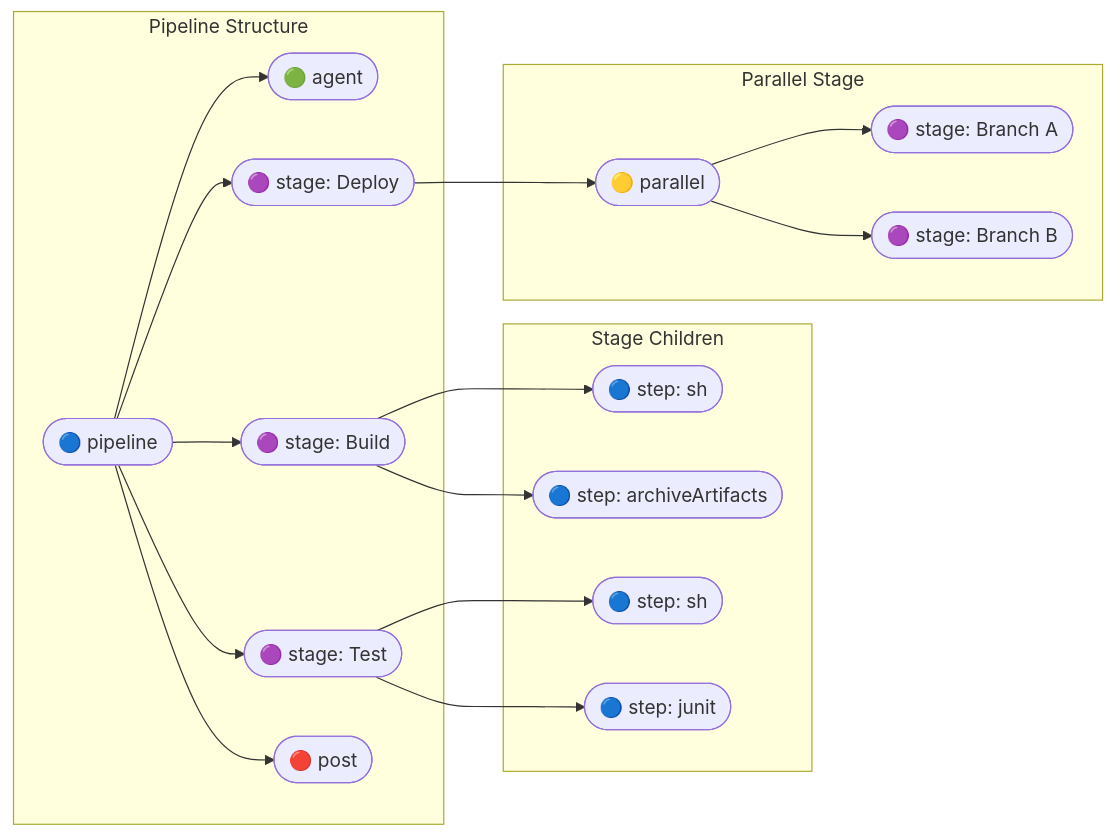
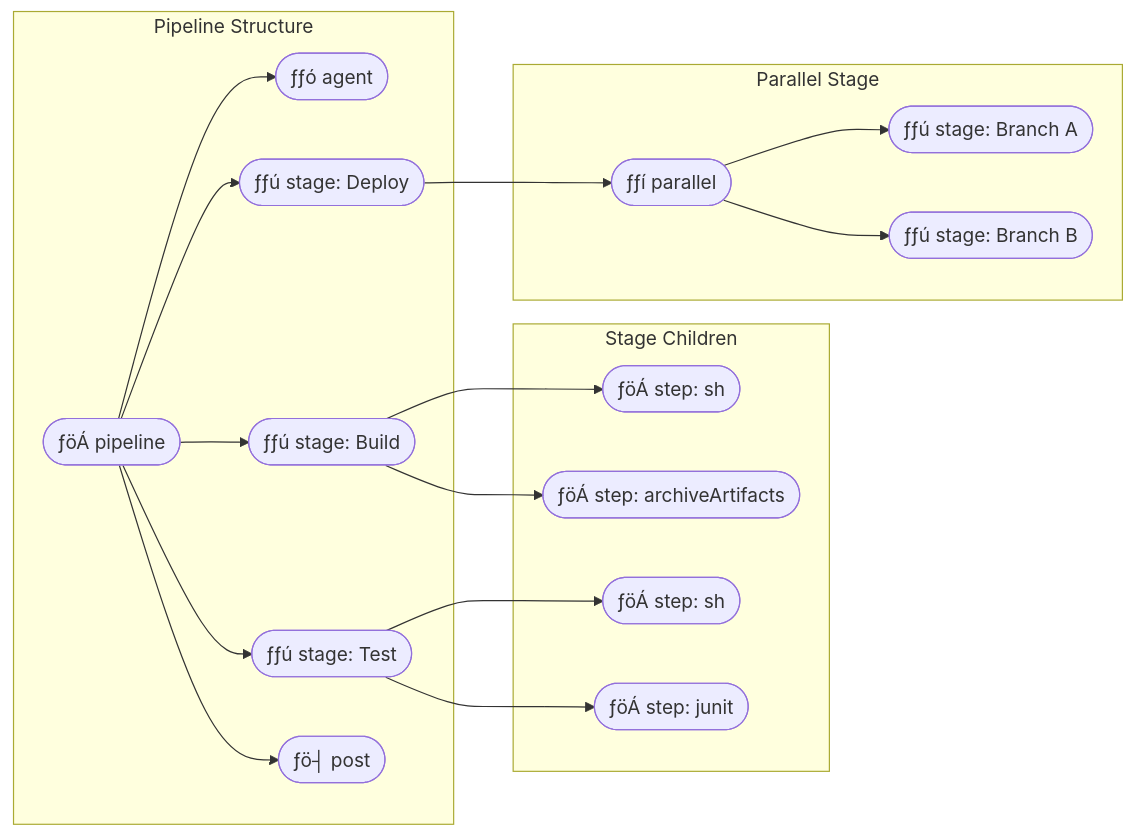
One commit to PlanesZwalker/vscode-jenkins-node-editor changed the fifth of 5 diagrams in README.md. Above: the diagram before and after it, drawn with Mermaid. The commit also changed other lines of this file and 1 other file, not shown here.

````diff
--- a/README.md
+++ b/README.md
@@ -239,23 +239,23 @@
 ```mermaid
 graph LR
     subgraph "Pipeline Structure"
-        P([🔵 pipeline]) --> A([🟢 agent])
-        P --> S1([🟣 stage: Build])
-        P --> S2([🟣 stage: Test])
-        P --> S3([🟣 stage: Deploy])
-        P --> POST([🔴 post])
+        P([­ƒöÁ pipeline]) --> A([­ƒƒó agent])
+        P --> S1([­ƒƒú stage: Build])
+        P --> S2([­ƒƒú stage: Test])
+        P --> S3([­ƒƒú stage: Deploy])
+        P --> POST([­ƒö┤ post])
     end
 
     subgraph "Stage Children"
-        S1 --> ST1([🔵 step: sh])
-        S1 --> ST2([🔵 step: archiveArtifacts])
-        S2 --> ST3([🔵 step: sh])
-        S2 --> ST4([🔵 step: junit])
+        S1 --> ST1([­ƒöÁ step: sh])
+        S1 --> ST2([­ƒöÁ step: archiveArtifacts])
+        S2 --> ST3([­ƒöÁ step: sh])
+        S2 --> ST4([­ƒöÁ step: junit])
     end
 
     subgraph "Parallel Stage"
-        S3 --> PAR([🟡 parallel])
-        PAR --> B1([🟣 stage: Branch A])
-        PAR --> B2([🟣 stage: Branch B])
+        S3 --> PAR([­ƒƒí parallel])
+        PAR --> B1([­ƒƒú stage: Branch A])
+        PAR --> B2([­ƒƒú stage: Branch B])
     end
 ```
````
